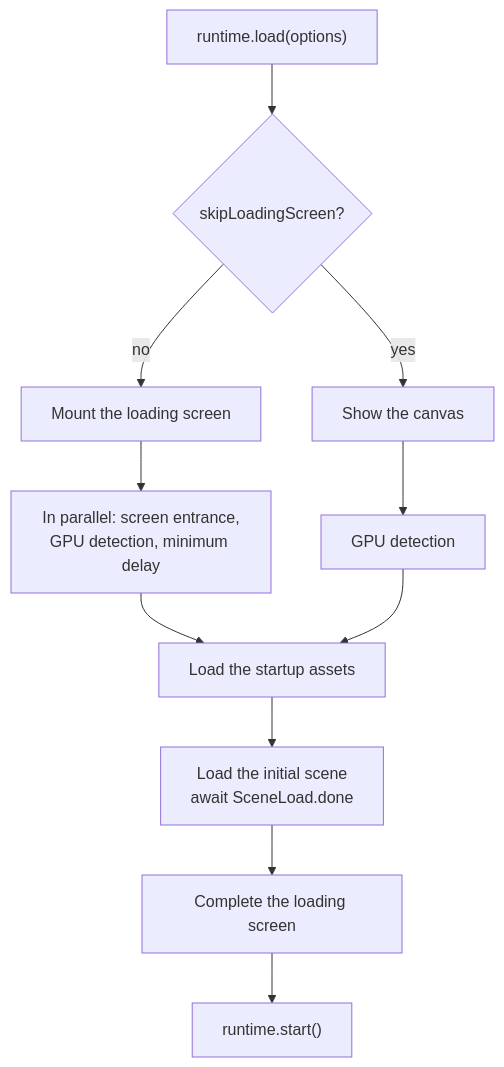
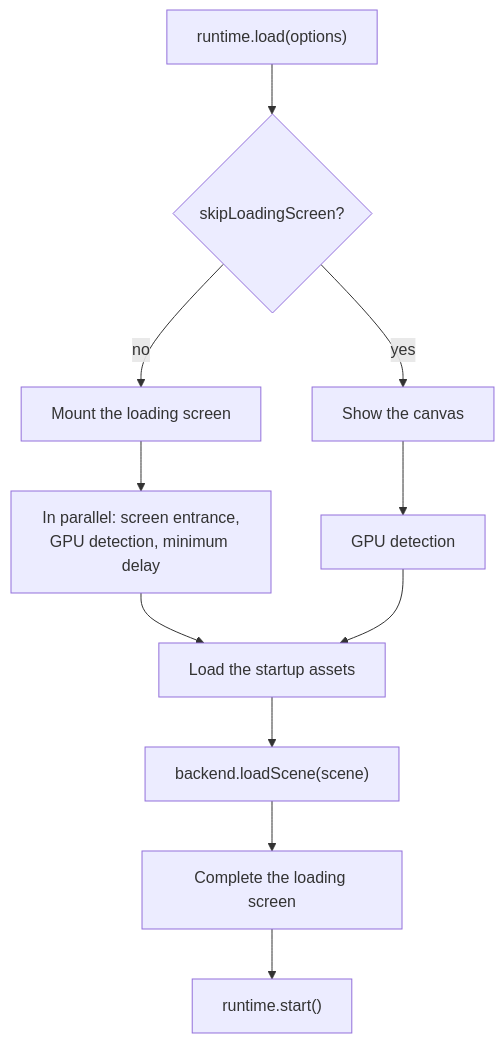
One commit to JollyPixel/editor changed the second of 5 diagrams in packages/runtime/ARCHITECTURE.md. Above: the diagram before and after it, drawn with Mermaid. The commit also changed other lines of this file and 1044 other files, not shown here.

````diff
--- a/packages/runtime/ARCHITECTURE.md
+++ b/packages/runtime/ARCHITECTURE.md
@@ -88,13 +27,13 @@
 ```mermaid
 flowchart TB
     Load["runtime.load(options)"] --> Skip{"skipLoadingScreen?"}
     Skip -->|"no"| Screen["Mount the loading screen"]
     Skip -->|"yes"| Show["Show the canvas"]
     Screen --> Prepare["In parallel: screen entrance,<br/>GPU detection, minimum delay"]
     Show --> Device["GPU detection"]
     Prepare --> Batch["Load the startup assets"]
     Device --> Batch
-    Batch --> Scene["Load the initial scene<br/>await SceneLoad.done"]
+    Batch --> Scene["backend.loadScene(scene)"]
     Scene --> Complete["Complete the loading screen"]
     Complete --> Start["runtime.start()"]
 ```
````
